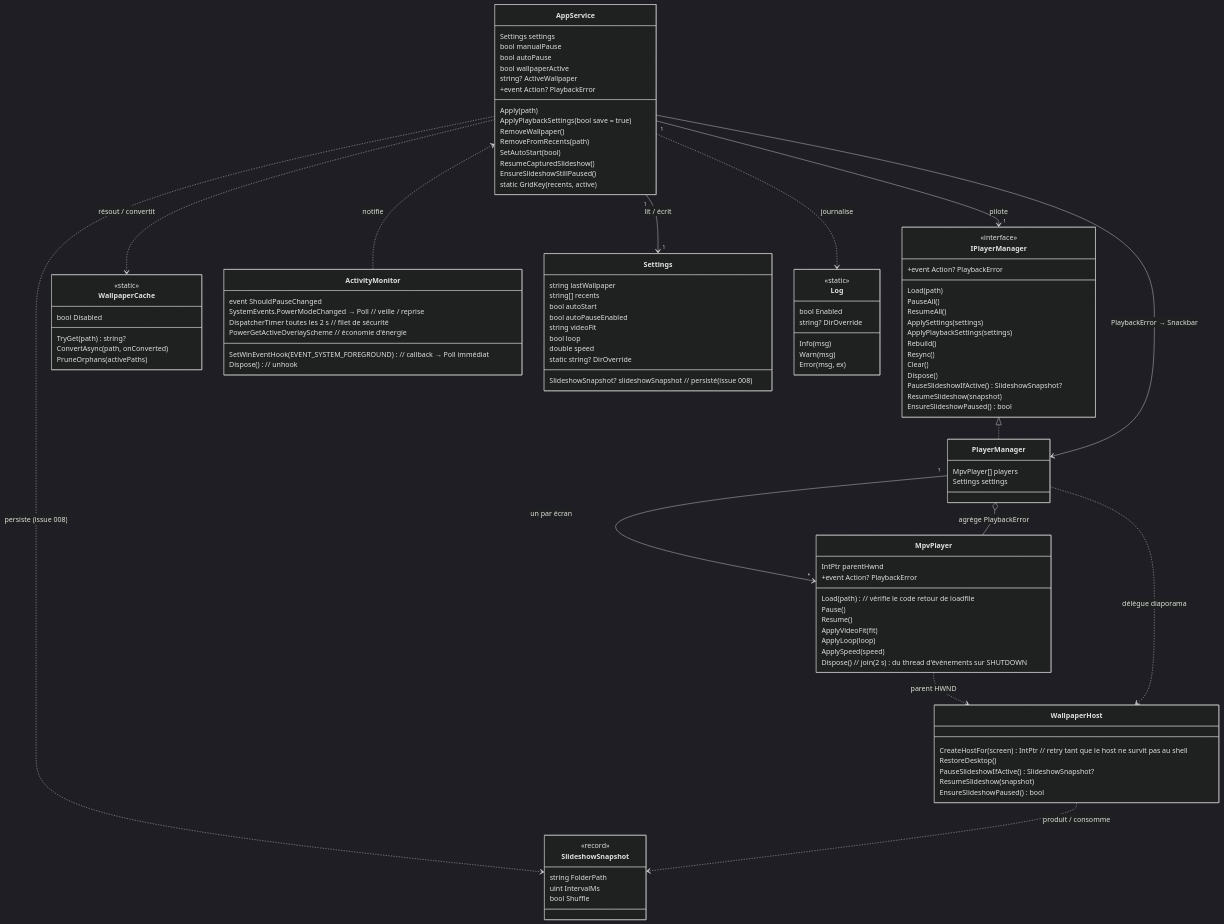
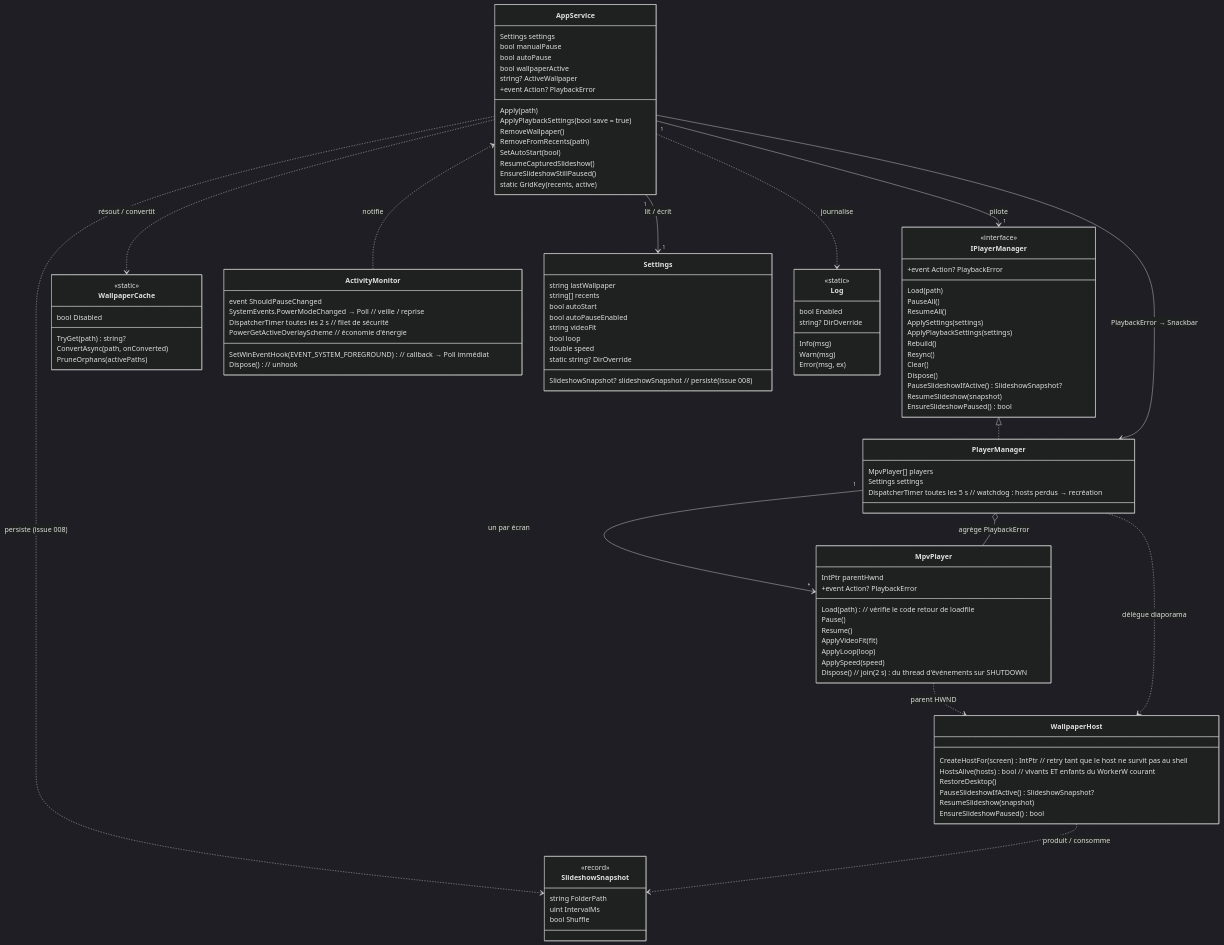
The first of 5 diagrams in docs/ARCHITECTURE-TECHNIQUE.md (KevinT78/wallflow), drawn with Mermaid (dark theme) before and after one commit. The commit also changed other lines of this file and 2 other files, not shown here.

First line of the commit message:
docs: sync doc dérivée après afdfd3e (watchdog des hosts WorkerW)

```diff
--- a/docs/ARCHITECTURE-TECHNIQUE.md
+++ b/docs/ARCHITECTURE-TECHNIQUE.md
@@ -89,6 +89,7 @@
     class PlayerManager {
         MpvPlayer[] players
         Settings settings
+        DispatcherTimer toutes les 5 s   // watchdog : hosts perdus → recréation
     }
     class MpvPlayer {
         IntPtr parentHwnd
@@ -103,6 +104,7 @@
     }
     class WallpaperHost {
         CreateHostFor(screen) IntPtr  // retry tant que le host ne survit pas au shell
+        HostsAlive(hosts) bool        // vivants ET enfants du WorkerW courant
         RestoreDesktop()
         PauseSlideshowIfActive() SlideshowSnapshot?
         ResumeSlideshow(snapshot)
```
